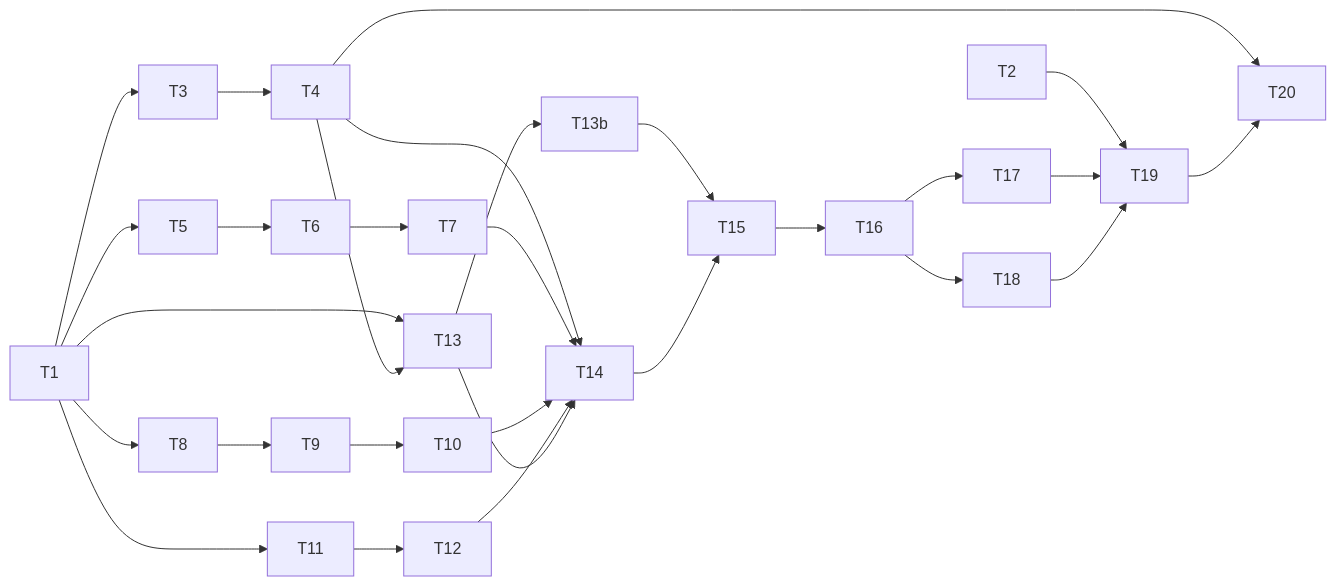
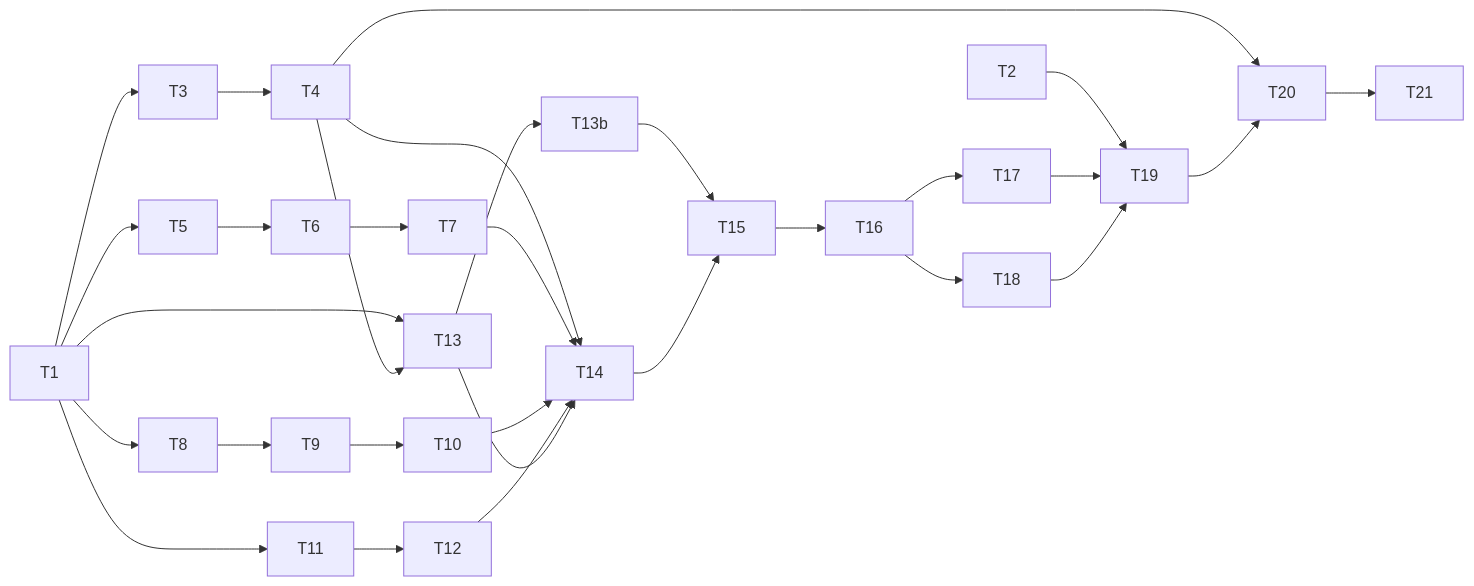
The diagram in docs/04-impl-plan.md (paggybansal/agentic-sdlc-docsync), drawn with Mermaid before and after one commit. The commit also changed other lines of this file, not shown here.

````diff
--- a/docs/04-impl-plan.md
+++ b/docs/04-impl-plan.md
@@ -77,31 +80,32 @@
 ```mermaid
 flowchart LR
     T1 --> T3
     T3 --> T4
     T1 --> T5
     T5 --> T6
     T6 --> T7
     T1 --> T8
     T8 --> T9
     T9 --> T10
     T1 --> T11
     T11 --> T12
     T1 --> T13
     T4 --> T13
     T4 --> T14
     T7 --> T14
     T10 --> T14
     T12 --> T14
     T13 --> T14
     T13 --> T13b
     T13b --> T15
     T14 --> T15
     T15 --> T16
     T16 --> T17
     T16 --> T18
     T2 --> T19
     T17 --> T19
     T18 --> T19
     T4 --> T20
     T19 --> T20
+    T20 --> T21
 ```
````
